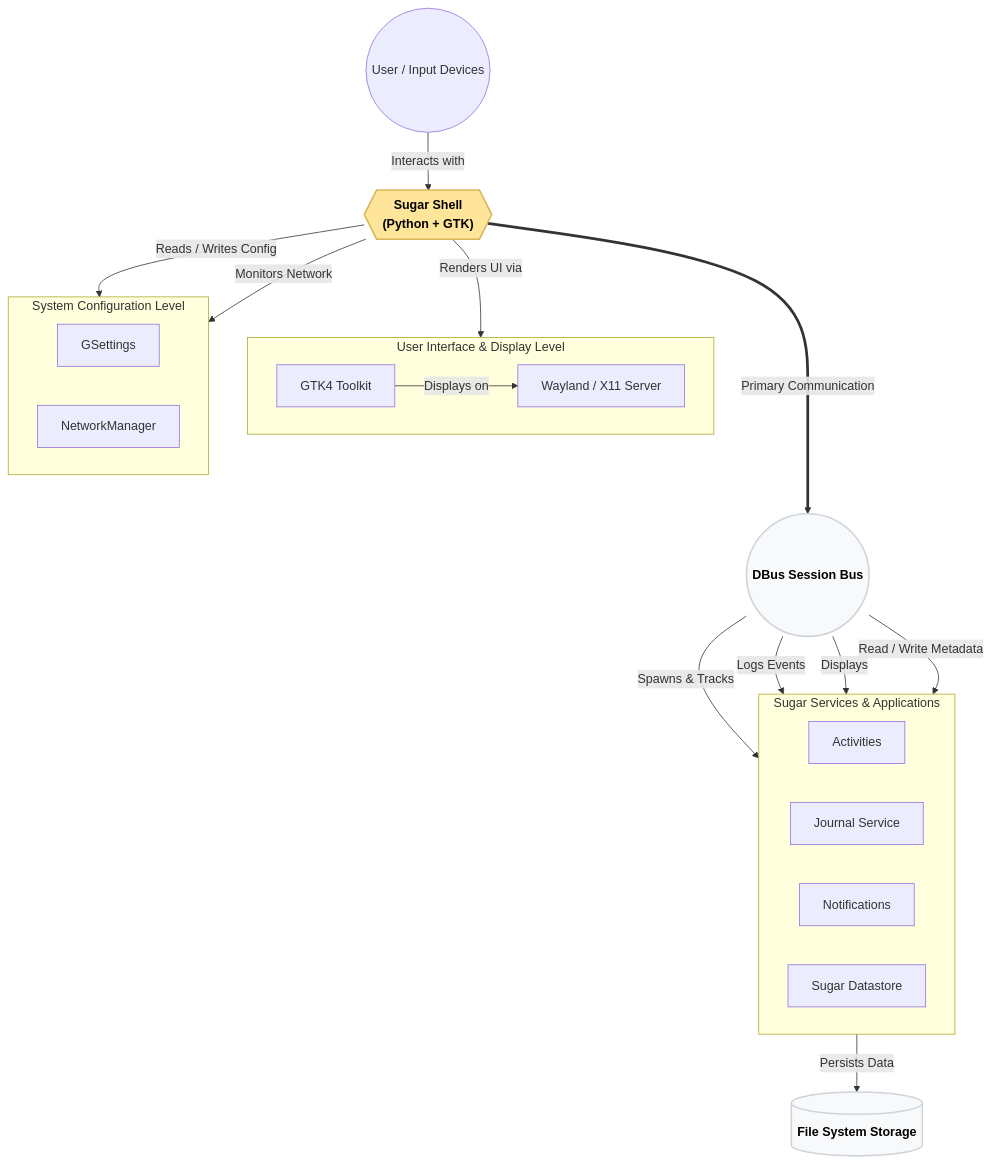
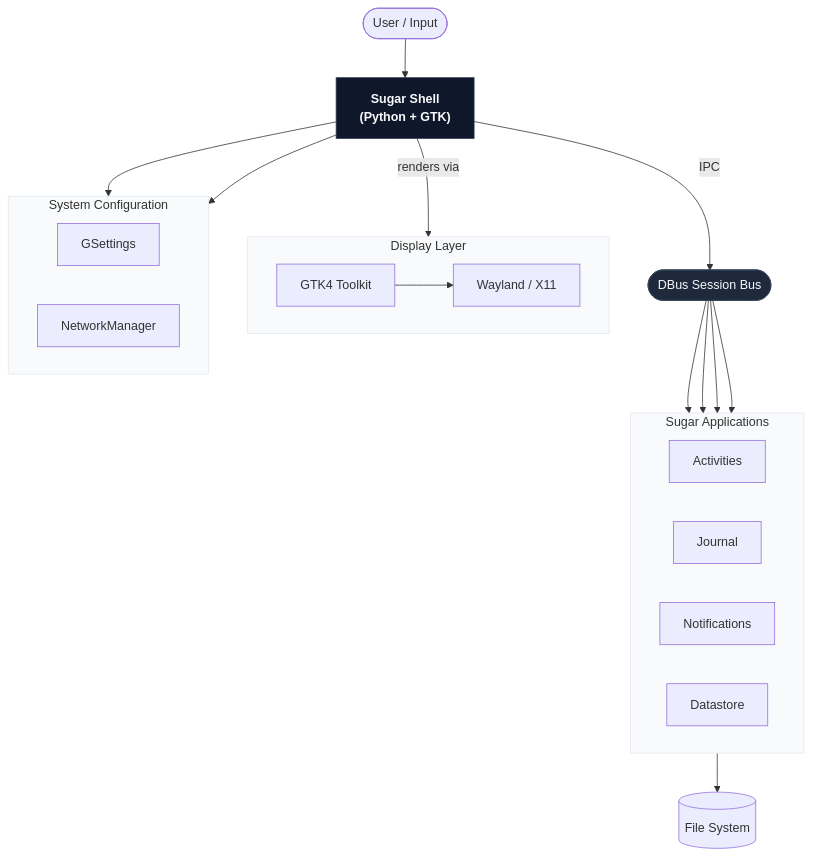
One commit to Dev10-sys/sugar-proposal-gtk changed the first of 11 diagrams in proposal.md. Above: the diagram before and after it, drawn with Mermaid. The commit also changed other lines of this file, not shown here.

Commit message:
Refine diagram styles and formatting in proposal.md

````diff
--- a/proposal.md
+++ b/proposal.md
@@ -158,46 +162,48 @@
 ```mermaid
 flowchart TD
-    User(("User / Input Devices"))
+    User(["User / Input"])
 
-    subgraph UI_Layer ["User Interface & Display Level"]
+    subgraph UI_Layer ["Display Layer"]
         direction LR
         GTK["GTK4 Toolkit"]
-        Display["Wayland / X11 Server"]
+        DisplayServer["Wayland / X11"]
     end
 
-    Shell{{"Sugar Shell\n(Python + GTK)"}}
+    Shell["Sugar Shell\n(Python + GTK)"]
 
-    subgraph Config_Layer ["System Configuration Level"]
+    subgraph Sys_Layer ["System Configuration"]
         direction LR
         GSettings["GSettings"]
         NetworkManager["NetworkManager"]
     end
 
-    DBus(("DBus Session Bus"))
+    DBus(["DBus Session Bus"])
 
-    subgraph Services_Layer ["Sugar Services & Applications"]
+    subgraph App_Layer ["Sugar Applications"]
         direction LR
         Activities["Activities"]
-        Journal["Journal Service"]
+        Journal["Journal"]
         Notifications["Notifications"]
-        Datastore["Sugar Datastore"]
+        Datastore["Datastore"]
     end
 
-    Storage[("File System Storage")]
+    Storage[("File System")]
 
-    User -->|Interacts with| Shell
-    Shell -->|Renders UI via| GTK
-    GTK -->|Displays on| Display
-    Shell -->|Reads / Writes Config| GSettings
-    Shell -->|Monitors Network| NetworkManager
-    Shell ===>|Primary Communication| DBus
-    DBus -->|Spawns & Tracks| Activities
-    DBus -->|Logs Events| Journal
-    DBus -->|Displays| Notifications
-    DBus -->|Read / Write Metadata| Datastore
-    Datastore -->|Persists Data| Storage
+    User --> Shell
+    Shell -->|renders via| GTK
+    GTK --> DisplayServer
+    Shell --> GSettings
+    Shell --> NetworkManager
+    Shell -->|IPC| DBus
+    DBus --> Activities
+    DBus --> Journal
+    DBus --> Notifications
+    DBus --> Datastore
+    Datastore --> Storage
 
-    style Shell fill:#ffe599,stroke:#d6b656,stroke-width:2px,color:#000000,font-weight:bold
-    style DBus fill:#f8f9fa,stroke:#ced4da,stroke-width:2px,color:#000000,font-weight:bold
-    style Storage fill:#f8f9fa,stroke:#ced4da,stroke-width:2px,color:#000000,font-weight:bold
+    style Shell fill:#0f172a,stroke:#334155,color:#f8fafc,font-weight:bold
+    style DBus fill:#1e293b,stroke:#334155,color:#f8fafc
+    style UI_Layer fill:#f8fafc,stroke:#e2e8f0
+    style Sys_Layer fill:#f8fafc,stroke:#e2e8f0
+    style App_Layer fill:#f8fafc,stroke:#e2e8f0
 ```
````
